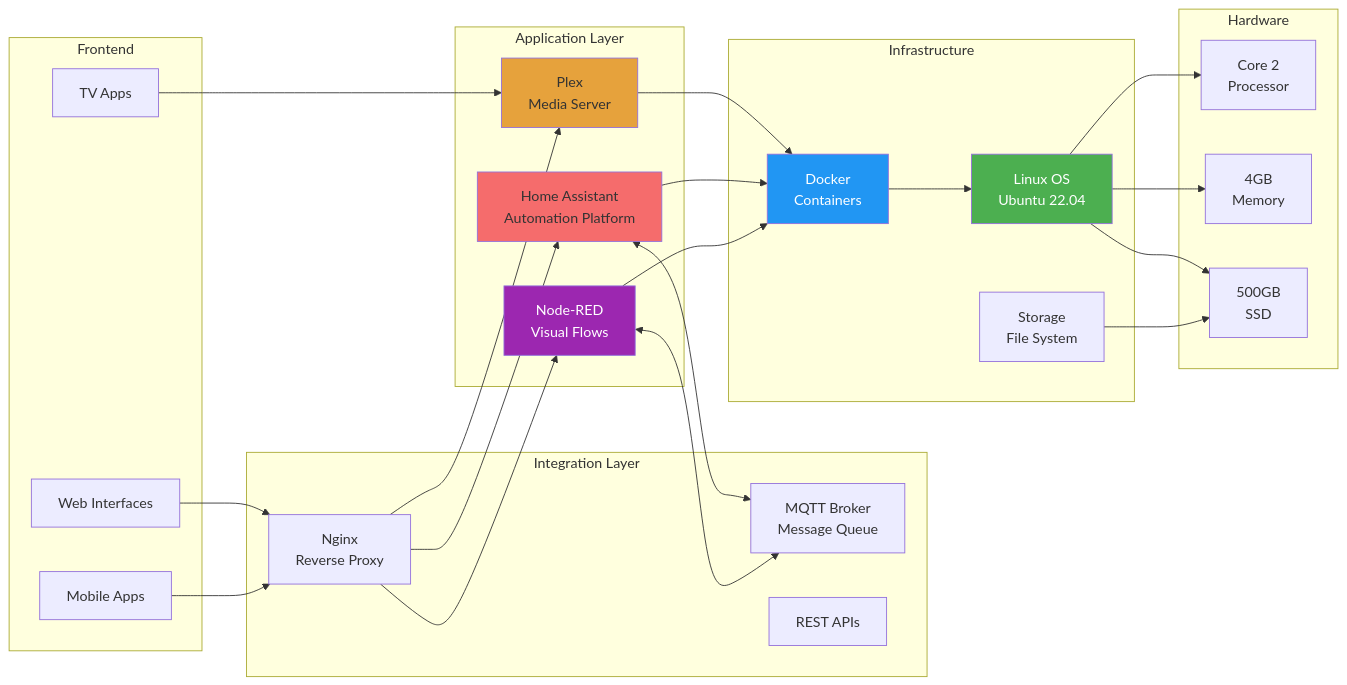
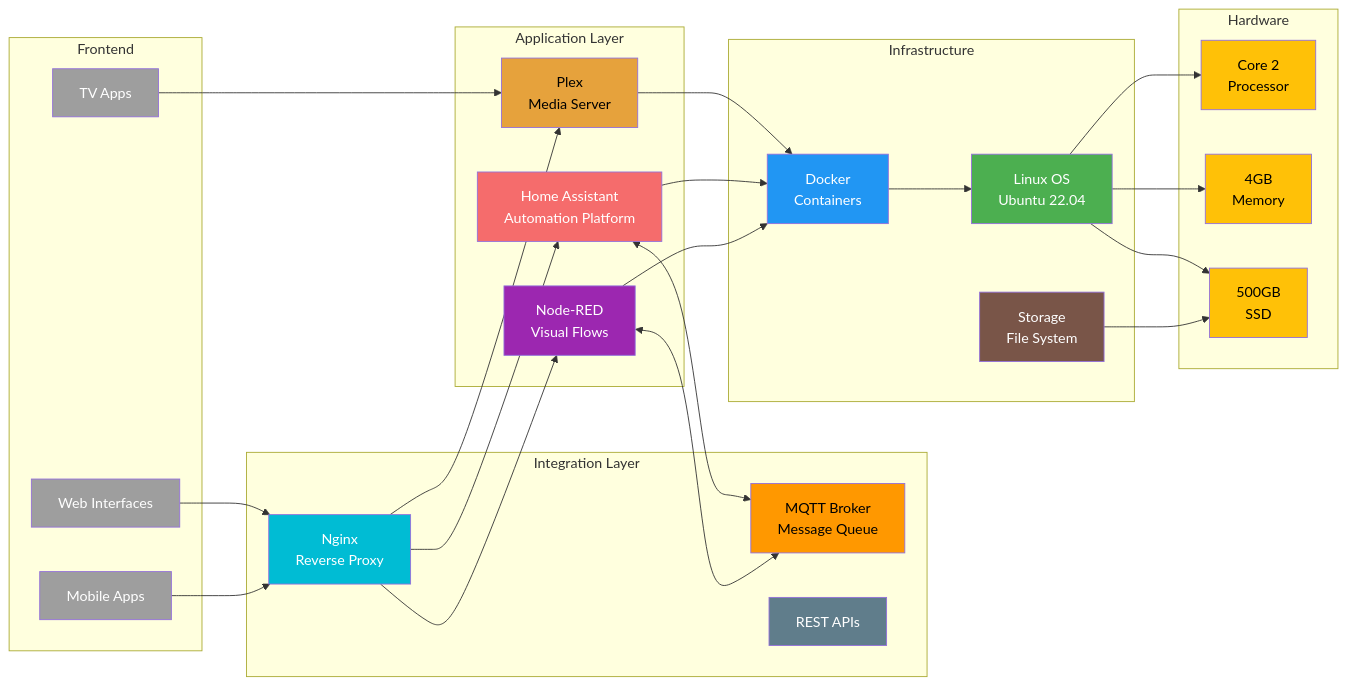
One commit to nicolassnider/home_media_automation changed the second of 8 diagrams in diagrams/quick-reference.md. Above: the diagram before and after it, drawn with Mermaid. The commit also changed other lines of this file and 19 other files, not shown here.

````diff
--- a/diagrams/quick-reference.md
+++ b/diagrams/quick-reference.md
@@ -42,59 +46,79 @@
 ```mermaid
 graph LR
     subgraph "Frontend"
         WEB[Web Interfaces]
         MOBILE[Mobile Apps]
         TV_APP[TV Apps]
     end
 
+
     subgraph "Application Layer"
         PLEX[Plex<br/>Media Server]
         HA[Home Assistant<br/>Automation Platform]
         NR[Node-RED<br/>Visual Flows]
     end
+
 
     subgraph "Integration Layer"
         MQTT[MQTT Broker<br/>Message Queue]
         NGINX[Nginx<br/>Reverse Proxy]
         API[REST APIs]
     end
 
+
     subgraph "Infrastructure"
         DOCKER[Docker<br/>Containers]
         LINUX[Linux OS<br/>Ubuntu 22.04]
         STORAGE[Storage<br/>File System]
     end
+
 
     subgraph "Hardware"
         CPU[Core 2<br/>Processor]
         RAM[4GB<br/>Memory]
         DISK[500GB<br/>SSD]
     end
 
+
     WEB --> NGINX
     MOBILE --> NGINX
     TV_APP --> PLEX
+
 
     NGINX --> PLEX
     NGINX --> HA
     NGINX --> NR
 
+
     PLEX --> DOCKER
     HA --> DOCKER
     NR --> DOCKER
 
+
     HA <--> MQTT
     NR <--> MQTT
+
 
     DOCKER --> LINUX
     LINUX --> CPU
     LINUX --> RAM
     LINUX --> DISK
     STORAGE --> DISK
 
-    style PLEX fill:#e6a23c
-    style HA fill:#f56c6c
+
+    style PLEX fill:#e6a23c,color:#000
+    style HA fill:#f56c6c,color:#fff
     style NR fill:#9c27b0,color:#fff
     style DOCKER fill:#2196f3,color:#fff
     style LINUX fill:#4caf50,color:#fff
+    style NGINX fill:#00bcd4,color:#fff
+    style MQTT fill:#ff9800,color:#000
+    style WEB fill:#9e9e9e,color:#fff
+    style MOBILE fill:#9e9e9e,color:#fff
+    style TV_APP fill:#9e9e9e,color:#fff
+    style API fill:#607d8b,color:#fff
+    style STORAGE fill:#795548,color:#fff
+    style CPU fill:#ffc107,color:#000
+    style RAM fill:#ffc107,color:#000
+    style DISK fill:#ffc107,color:#000
 ```
````
